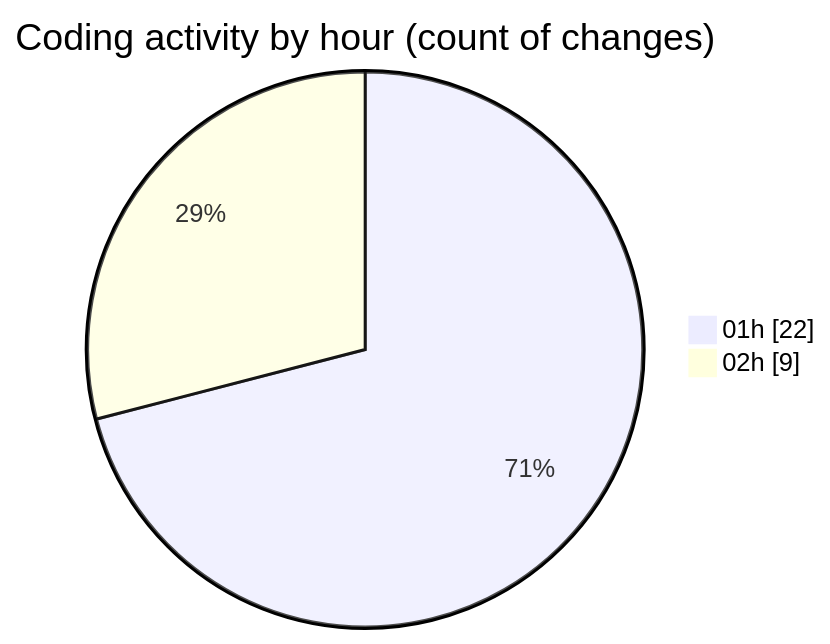
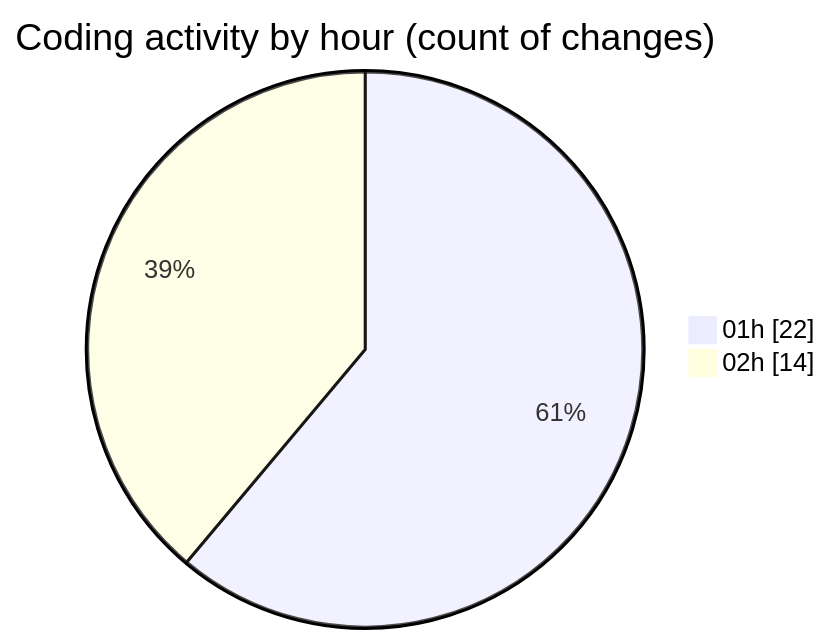
One commit to lephambinh05/code-tracking changed the second of 2 diagrams in 2025-09-17/quytuthien_vn/README.md. Above: the diagram before and after it, drawn with Mermaid. The commit also changed other lines of this file and 1 other file, not shown here.

````diff
--- a/2025-09-17/quytuthien_vn/README.md
+++ b/2025-09-17/quytuthien_vn/README.md
@@ -49,6 +54,6 @@
 ```mermaid
 pie showData
 title Coding activity by hour (count of changes)
 "01h" : 22
-"02h" : 9
+"02h" : 14
 ```
````
